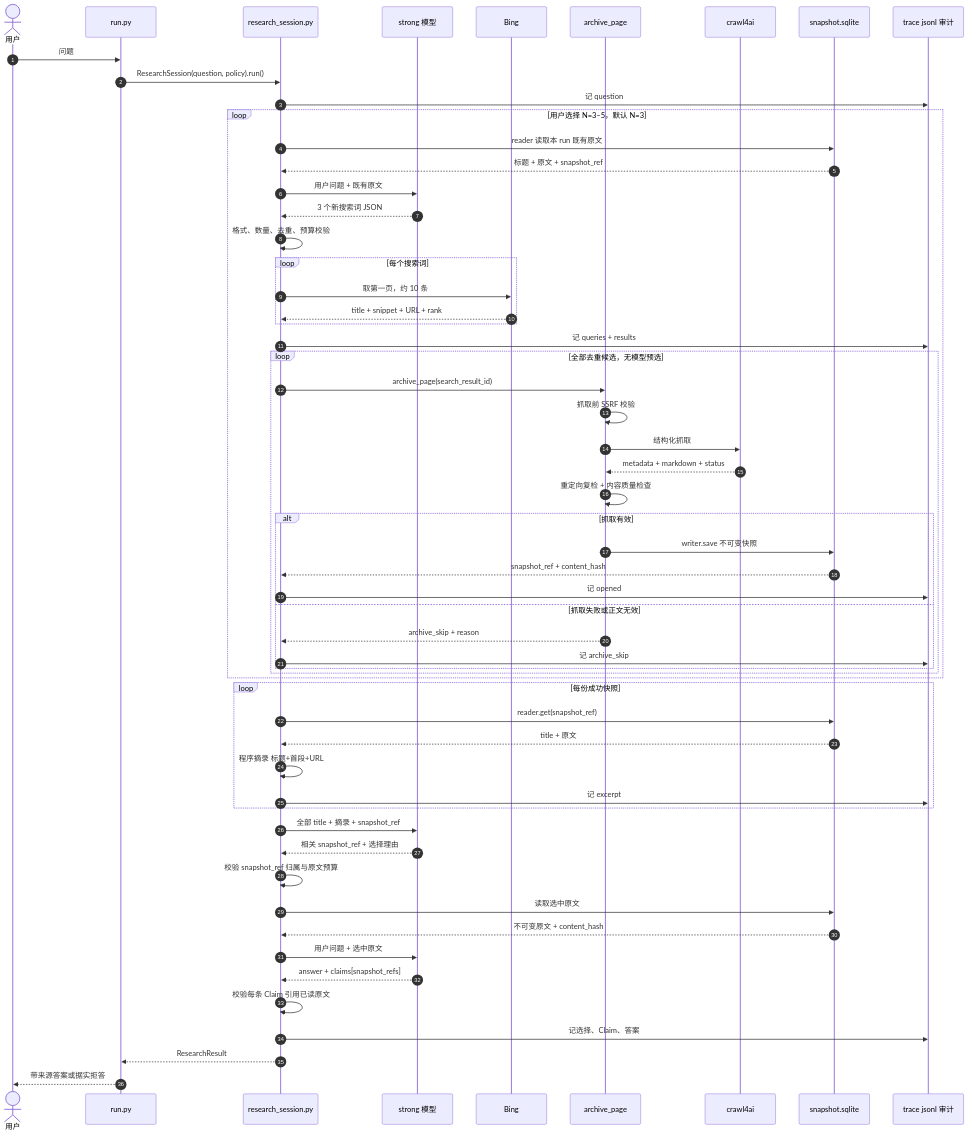
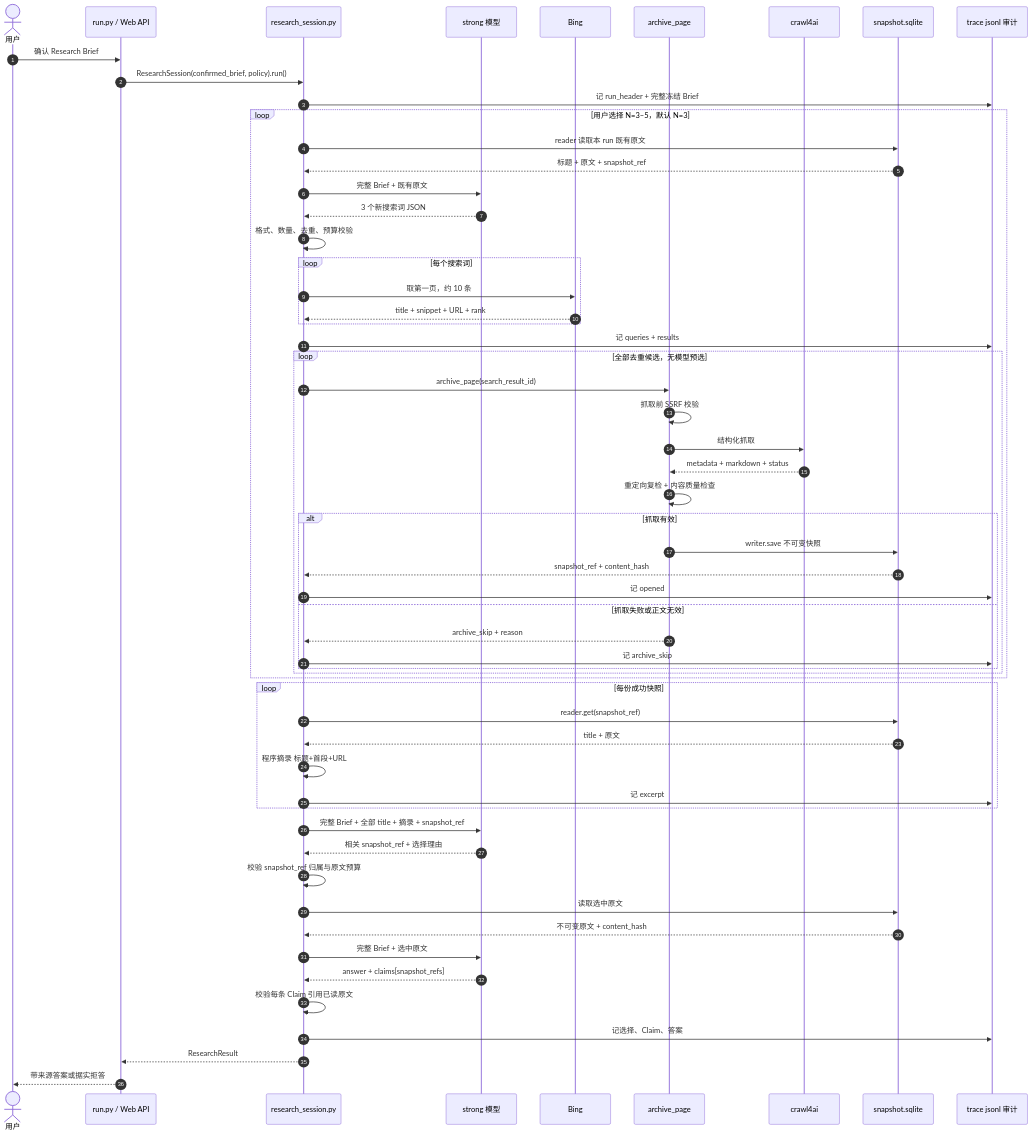
Before and after one commit to SuperCatQR/traceable-research-runtime: the sixth of 6 diagrams in docs/web-search-architecture.md, drawn with Mermaid. The commit also changed other lines of this file and 1 other file, not shown here.

````diff
--- a/docs/web-search-architecture.md
+++ b/docs/web-search-architecture.md
@@ -245,61 +355,61 @@
 ```mermaid
 sequenceDiagram
     autonumber
     actor U as 用户
-    participant R as run.py
+    participant R as run.py / Web API
     participant X as research_session.py
     participant S as strong 模型
     participant B as Bing
     participant O as archive_page
     participant C as crawl4ai
     participant P as snapshot.sqlite
     participant A as trace jsonl 审计
 
-    U->>R: 问题
-    R->>X: ResearchSession(question, policy).run()
-    X->>A: 记 question
+    U->>R: 确认 Research Brief
+    R->>X: ResearchSession(confirmed_brief, policy).run()
+    X->>A: 记 run_header + 完整冻结 Brief
     loop 用户选择 N=3–5，默认 N=3
         X->>P: reader 读取本 run 既有原文
         P-->>X: 标题 + 原文 + snapshot_ref
-        X->>S: 用户问题 + 既有原文
+        X->>S: 完整 Brief + 既有原文
         S-->>X: 3 个新搜索词 JSON
         X->>X: 格式、数量、去重、预算校验
         loop 每个搜索词
             X->>B: 取第一页，约 10 条
             B-->>X: title + snippet + URL + rank
         end
         X->>A: 记 queries + results
         loop 全部去重候选，无模型预选
             X->>O: archive_page(search_result_id)
             O->>O: 抓取前 SSRF 校验
             O->>C: 结构化抓取
             C-->>O: metadata + markdown + status
             O->>O: 重定向复检 + 内容质量检查
             alt 抓取有效
                 O->>P: writer.save 不可变快照
                 P-->>X: snapshot_ref + content_hash
                 X->>A: 记 opened
             else 抓取失败或正文无效
                 O-->>X: archive_skip + reason
                 X->>A: 记 archive_skip
             end
         end
     end
     loop 每份成功快照
         X->>P: reader.get(snapshot_ref)
         P-->>X: title + 原文
         X->>X: 程序摘录 标题+首段+URL
         X->>A: 记 excerpt
     end
-    X->>S: 全部 title + 摘录 + snapshot_ref
+    X->>S: 完整 Brief + 全部 title + 摘录 + snapshot_ref
     S-->>X: 相关 snapshot_ref + 选择理由
     X->>X: 校验 snapshot_ref 归属与原文预算
     X->>P: 读取选中原文
     P-->>X: 不可变原文 + content_hash
-    X->>S: 用户问题 + 选中原文
+    X->>S: 完整 Brief + 选中原文
     S-->>X: answer + claims[snapshot_refs]
     X->>X: 校验每条 Claim 引用已读原文
     X->>A: 记选择、Claim、答案
     X-->>R: ResearchResult
     R-->>U: 带来源答案或据实拒答
 ```
````
